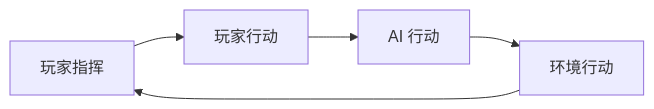
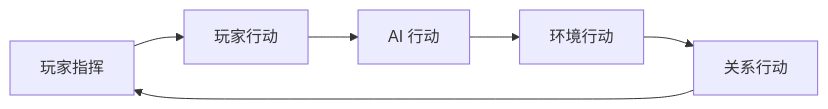
The first of 3 diagrams in Docs/02-系统设计/07-玩法循环/回合与行动表.md (Estrella6066773/DriveToLight), drawn with Mermaid before and after one commit. The commit also changed other lines of this file and 19 other files, not shown here.

````diff
--- a/Docs/02-系统设计/07-玩法循环/回合与行动表.md
+++ b/Docs/02-系统设计/07-玩法循环/回合与行动表.md
@@ -48,7 +49,8 @@
 ```mermaid
 flowchart LR
     A[玩家指挥] --> B[玩家行动]
     B --> C[AI 行动]
     C --> D[环境行动]
-    D --> A
+    D --> E[关系行动]
+    E --> A
 ```
````
